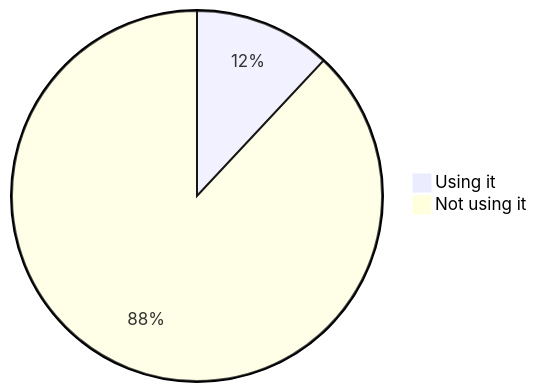
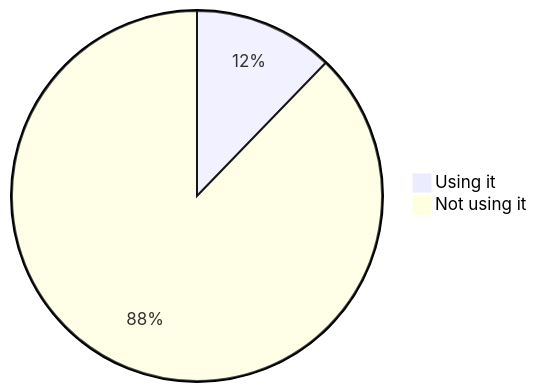
One commit to oshp/oshp-stats changed the fourth of 22 diagrams in stats.md. Above: the diagram before and after it, drawn with Mermaid. The commit also changed other lines of this file, not shown here.

````diff
--- a/stats.md
+++ b/stats.md
@@ -46,6 +46,6 @@
 ```mermaid
 pie
-	"Using it" : 11.96
-	"Not using it" : 88.04
+	"Using it" : 12.23
+	"Not using it" : 87.77
 
 ```
````
